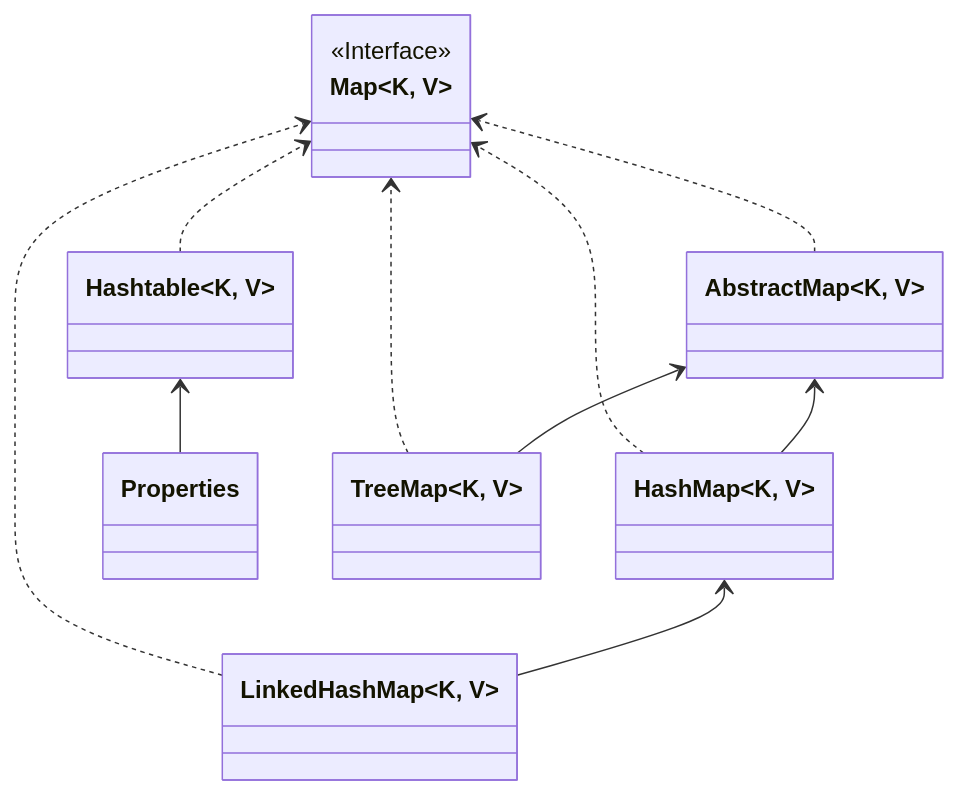
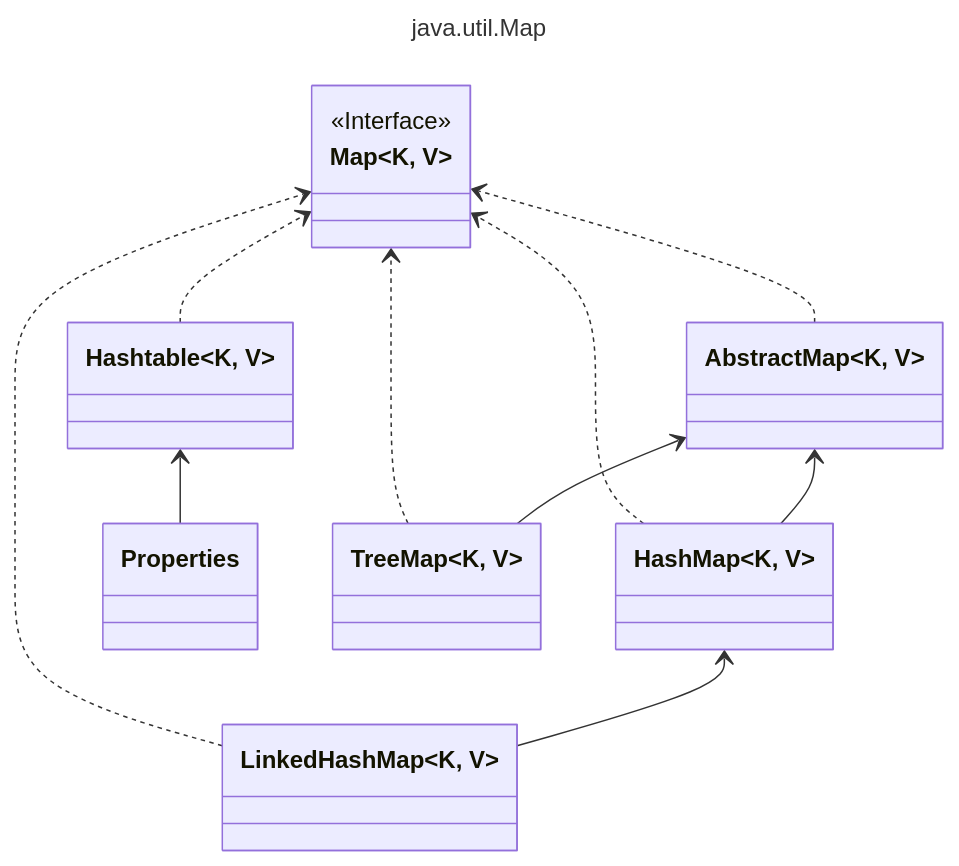
The second of 2 diagrams in docs/java/basics/collection.md (follow1123/docs), drawn with Mermaid before and after one commit. The commit also changed other lines of this file and 3 other files, not shown here.

````diff
--- a/docs/java/basics/collection.md
+++ b/docs/java/basics/collection.md
@@ -60,24 +64,27 @@
 ```mermaid
+---
+title: java.util.Map
+---
 classDiagram
 direction BT
 class AbstractMap~K, V~
 class HashMap~K, V~
 class Hashtable~K, V~
 class LinkedHashMap~K, V~
 class Map~K, V~ {
 <<Interface>>
 
 }
 class Properties
 class TreeMap~K, V~
 
 AbstractMap~K, V~  ..>  Map~K, V~ 
 HashMap~K, V~  -->  AbstractMap~K, V~ 
 HashMap~K, V~  ..>  Map~K, V~ 
 Hashtable~K, V~  ..>  Map~K, V~ 
 LinkedHashMap~K, V~  -->  HashMap~K, V~ 
 LinkedHashMap~K, V~  ..>  Map~K, V~ 
 Properties  -->  Hashtable~K, V~ 
 TreeMap~K, V~  -->  AbstractMap~K, V~ 
 TreeMap~K, V~  ..>  Map~K, V~ 
 ```
````
